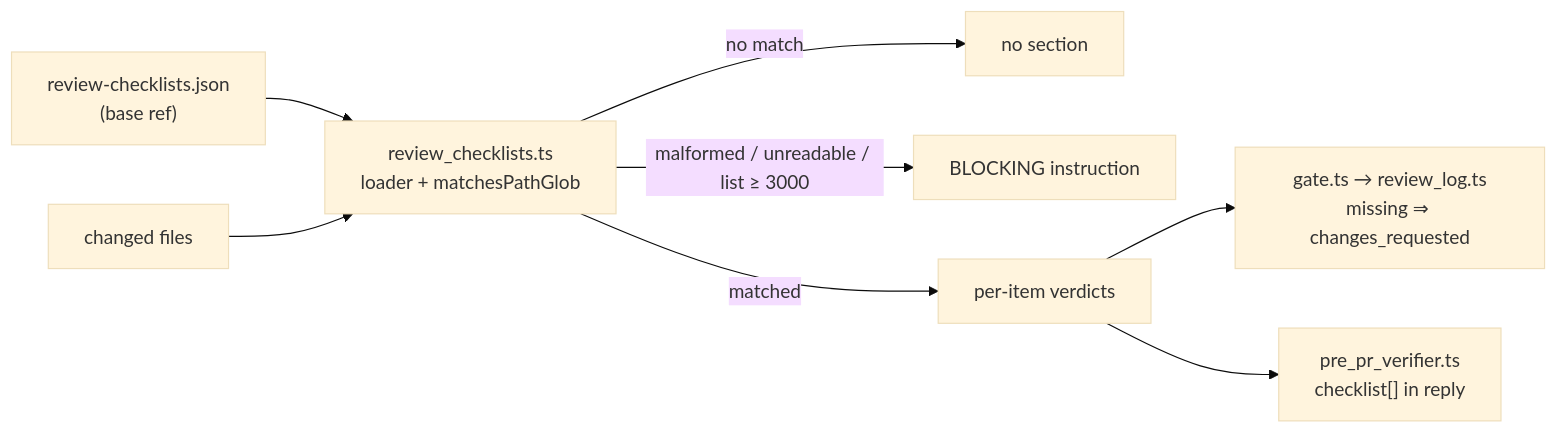
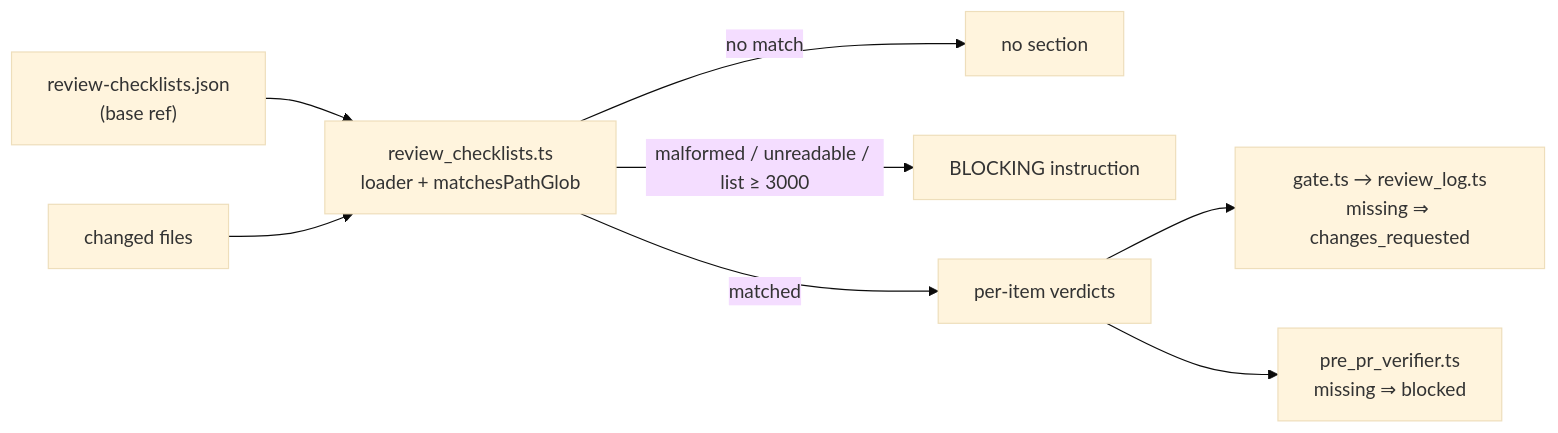
One commit to stSoftwareAU/VibeCoder changed the diagram in docs/archive/pr-summaries/pr-summary-3594.md. Above: the diagram before and after it, drawn with Mermaid (base theme). The commit also changed other lines of this file and 6 other files, not shown here.

First line of the commit message:
Block on missing checklist verdicts, reject never-matching globs, pin mutants (#3594)

````diff
--- a/docs/archive/pr-summaries/pr-summary-3594.md
+++ b/docs/archive/pr-summaries/pr-summary-3594.md
@@ -27,10 +37,10 @@
 ```mermaid
 flowchart LR
     F["review-checklists.json<br/>(base ref)"] --> L["review_checklists.ts<br/>loader + matchesPathGlob"]
     D["changed files"] --> L
     L -->|"no match"| N["no section"]
     L -->|"malformed / unreadable / list ≥ 3000"| B["BLOCKING instruction"]
     L -->|"matched"| V["per-item verdicts"]
     V --> G["gate.ts → review_log.ts<br/>missing ⇒ changes_requested"]
-    V --> P["pre_pr_verifier.ts<br/>checklist[] in reply"]
+    V --> P["pre_pr_verifier.ts<br/>missing ⇒ blocked"]
 ```
````
